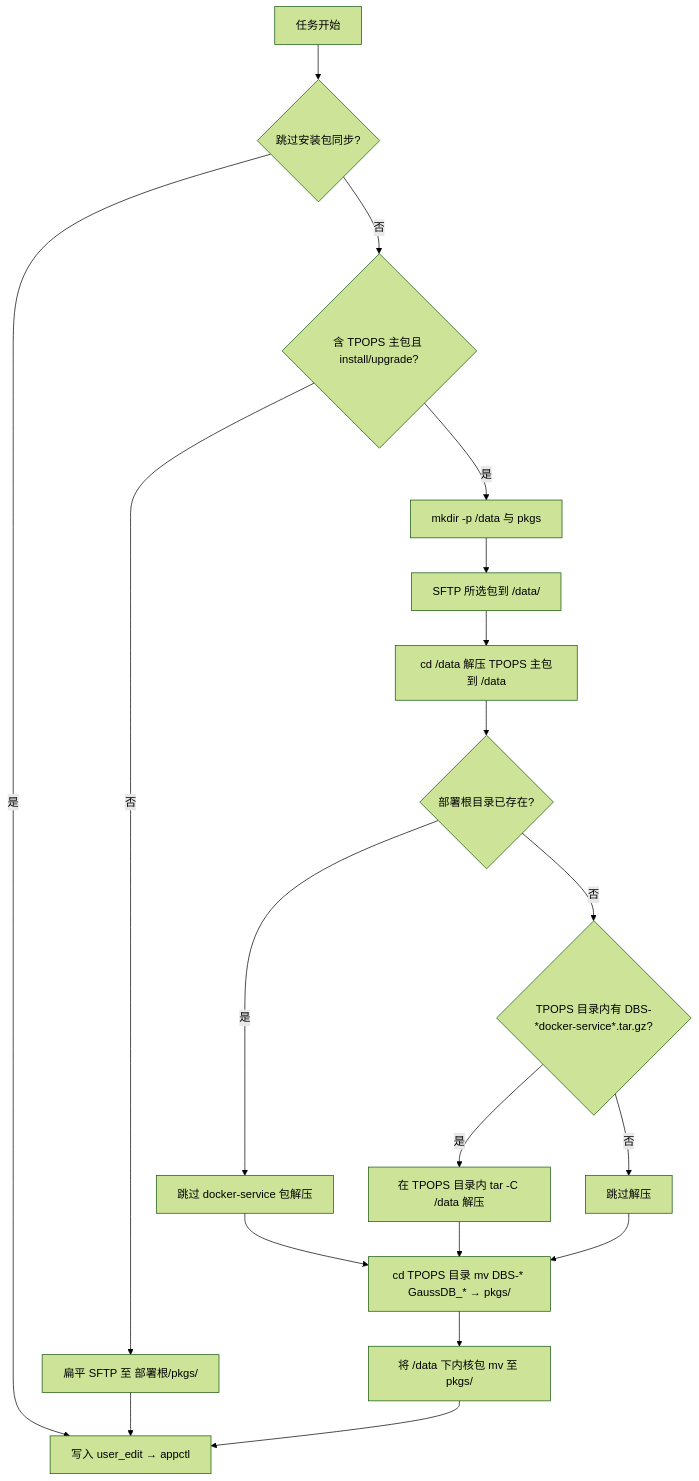
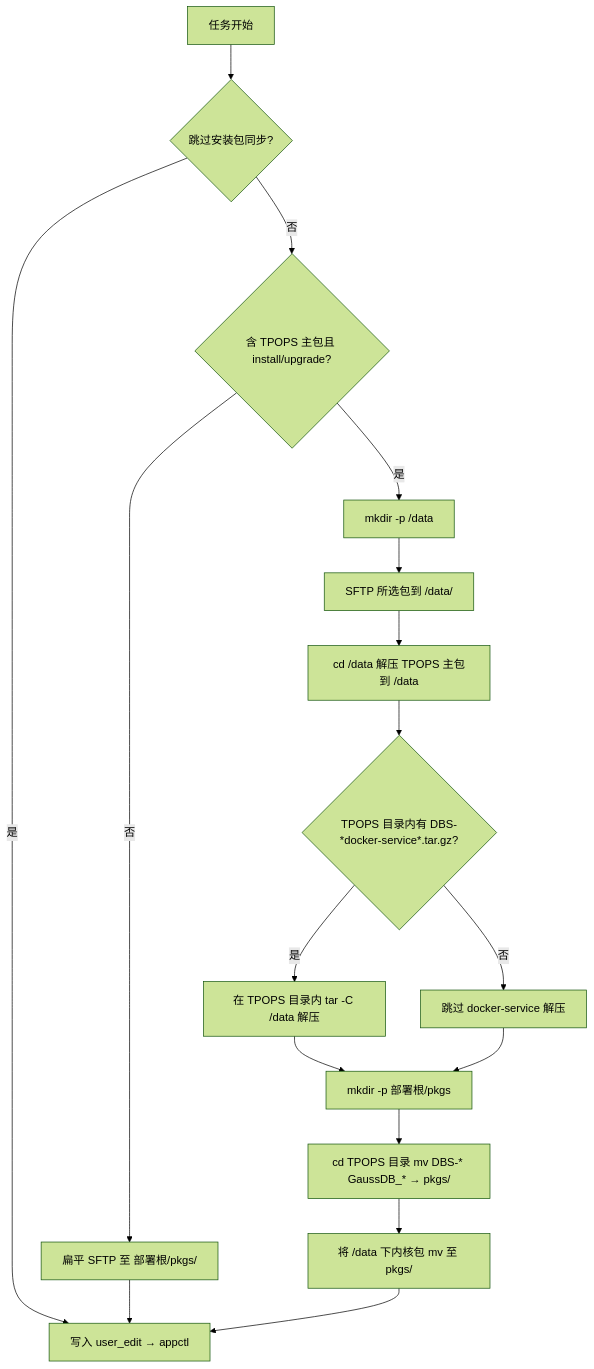
One commit to Kiritoabc/tpops_deployment changed the diagram in plan/plan-tpops-gaussdb-package-selection.md. Above: the diagram before and after it, drawn with Mermaid (forest theme). The commit also changed other lines of this file and 3 other files, not shown here.

First line of the commit message:
fix(deploy): always extract docker-service; defer mkdir pkgs

````diff
--- a/plan/plan-tpops-gaussdb-package-selection.md
+++ b/plan/plan-tpops-gaussdb-package-selection.md
@@ -17,21 +17,19 @@
 ```mermaid
 flowchart TD
   A[任务开始] --> B{跳过安装包同步?}
   B -->|是| Z[写入 user_edit → appctl]
   B -->|否| C{含 TPOPS 主包且 install/upgrade?}
   C -->|否| F[扁平 SFTP 至 部署根/pkgs/]
-  C -->|是| D[mkdir -p /data 与 pkgs]
+  C -->|是| D[mkdir -p /data]
   D --> E[SFTP 所选包到 /data/]
   E --> G[cd /data 解压 TPOPS 主包到 /data]
-  G --> H{部署根目录已存在?}
-  H -->|是| J[跳过 docker-service 包解压]
-  H -->|否| I{TPOPS 目录内有 DBS-*docker-service*.tar.gz?}
+  G --> I{TPOPS 目录内有 DBS-*docker-service*.tar.gz?}
   I -->|是| K[在 TPOPS 目录内 tar -C /data 解压]
-  I -->|否| L[跳过解压]
-  J --> M[cd TPOPS 目录 mv DBS-* GaussDB_* → pkgs/]
-  K --> M
-  L --> M
+  I -->|否| L[跳过 docker-service 解压]
+  K --> P[mkdir -p 部署根/pkgs]
+  L --> P
+  P --> M[cd TPOPS 目录 mv DBS-* GaussDB_* → pkgs/]
   M --> N[将 /data 下内核包 mv 至 pkgs/]
   F --> Z
   N --> Z
 ```
````
